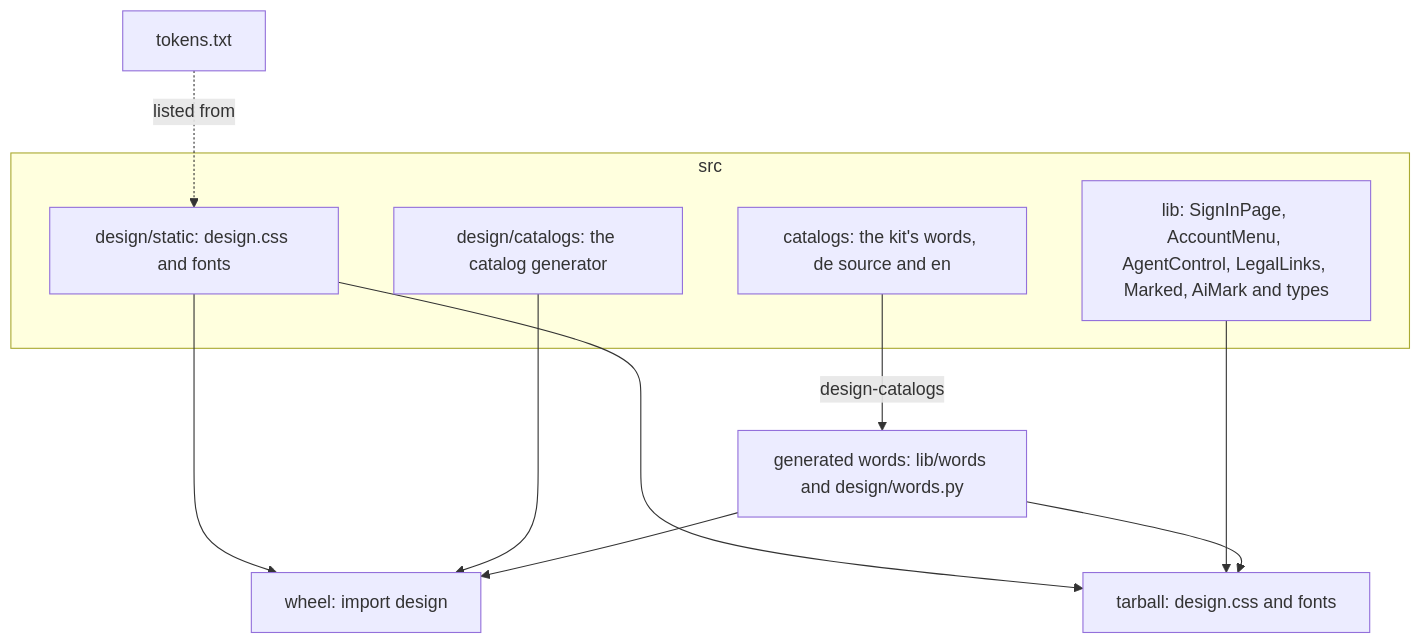
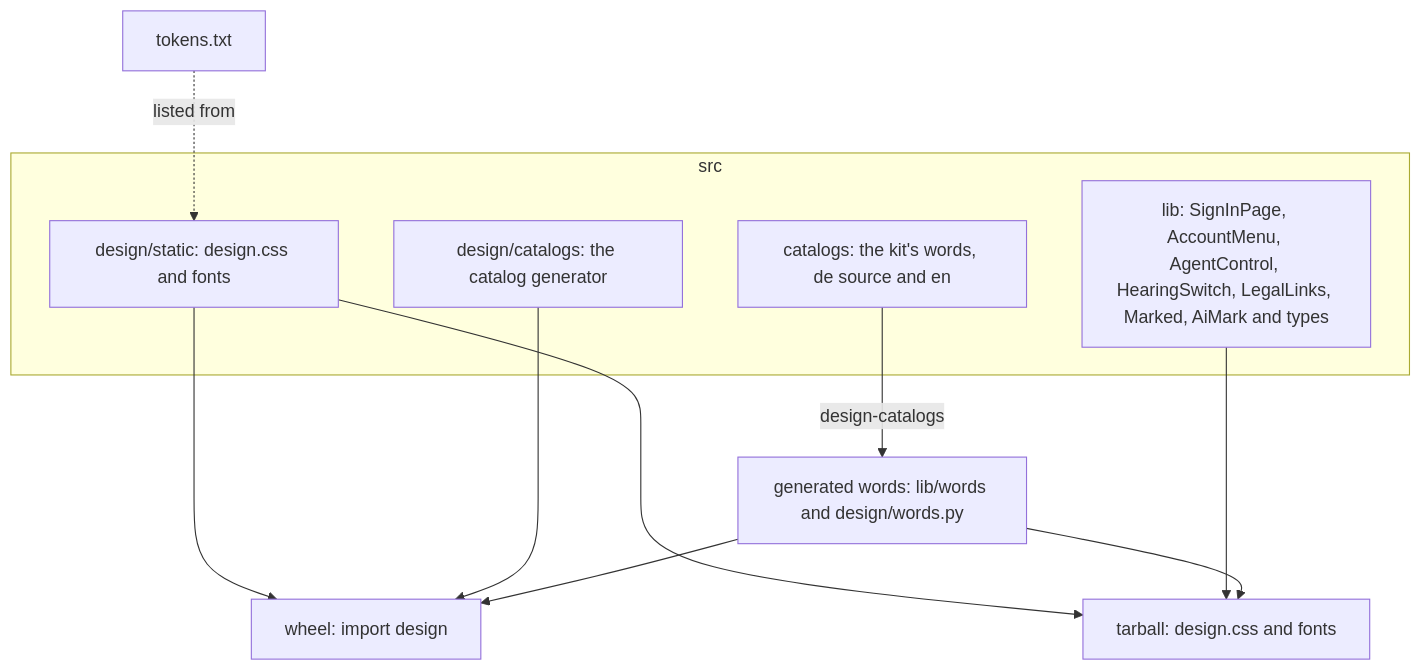
Before and after one commit to overnightworks/appkit: the second of 3 diagrams in docs/ARCHITECTURE.md, drawn with Mermaid. The commit also changed other lines of this file and 16 other files, not shown here.

First line of the commit message:
Add the HearingSwitch component (#213)

````diff
--- a/docs/ARCHITECTURE.md
+++ b/docs/ARCHITECTURE.md
@@ -34,17 +34,17 @@
 ```mermaid
 flowchart TB
   subgraph source[src]
     css[design/static: design.css and fonts]
-    comp[lib: SignInPage, AccountMenu, AgentControl, LegalLinks, Marked, AiMark and types]
+    comp[lib: SignInPage, AccountMenu, AgentControl, HearingSwitch, LegalLinks, Marked, AiMark and types]
     gen[design/catalogs: the catalog generator]
     cat[catalogs: the kit's words, de source and en]
   end
   cat -- design-catalogs --> words[generated words: lib/words and design/words.py]
   css --> wheel[wheel: import design]
   gen --> wheel
   words --> wheel
   css --> tgz[tarball: design.css and fonts]
   comp --> tgz
   words --> tgz
   tokens[tokens.txt] -. listed from .-> css
 ```
````
